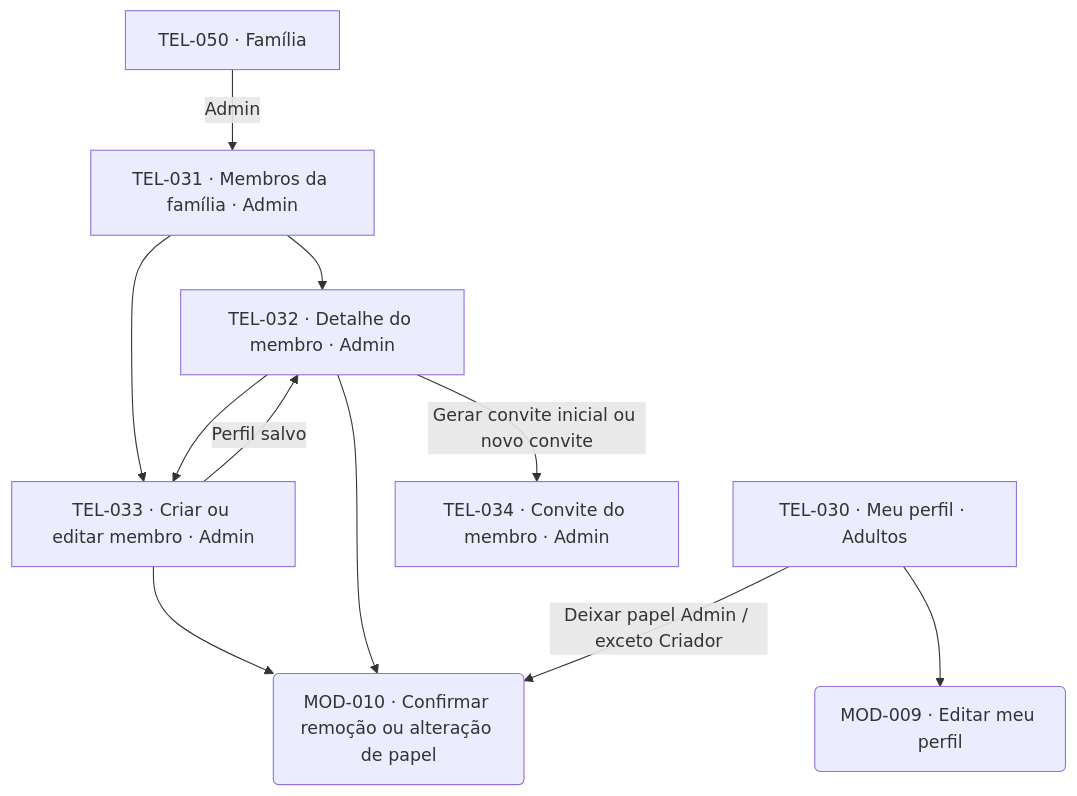
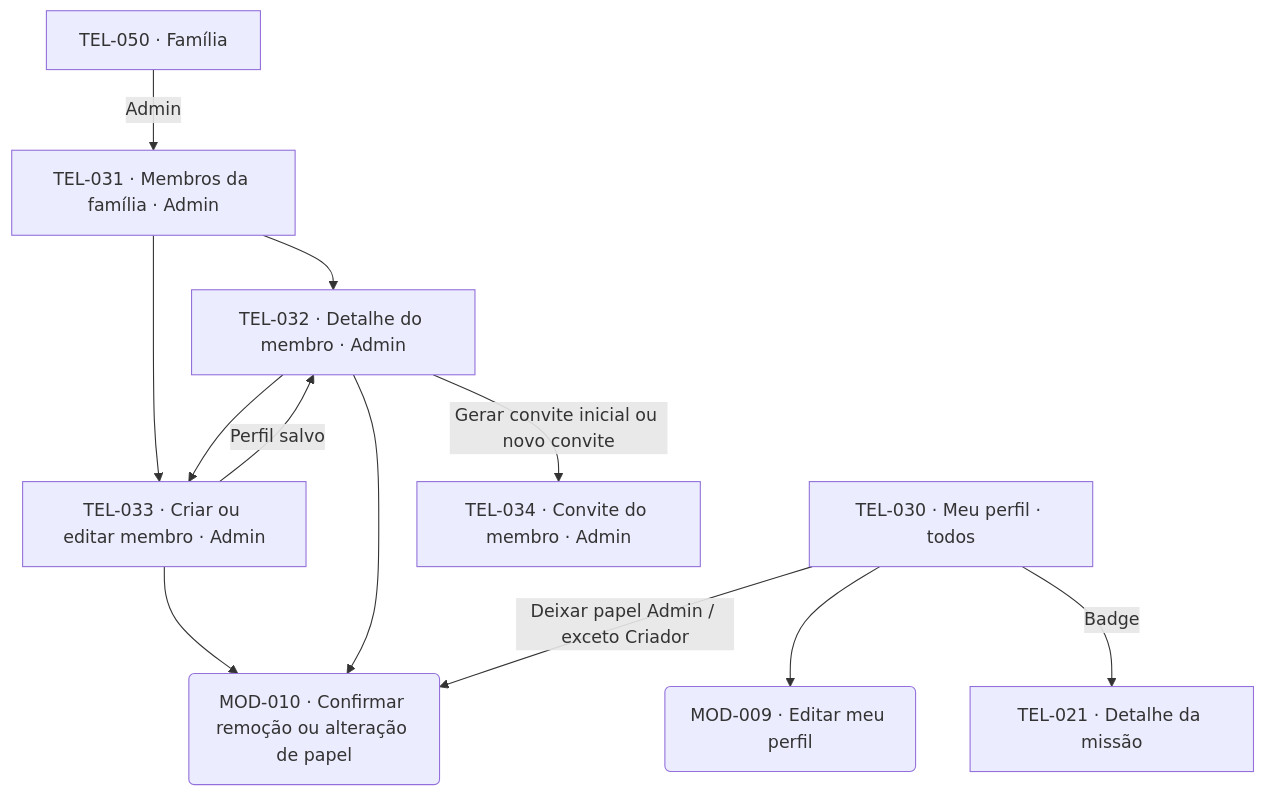
One commit to lizandramalta/App-Rotina-Familiar changed the fourth of 6 diagrams in docs/design/screen-map.md. Above: the diagram before and after it, drawn with Mermaid. The commit also changed other lines of this file and 21 other files, not shown here.

````diff
--- a/docs/design/screen-map.md
+++ b/docs/design/screen-map.md
@@ -134,21 +135,22 @@
 ```mermaid
 flowchart TD
     T050["TEL-050 · Família"]
-    T030["TEL-030 · Meu perfil · Adultos"]
+    T030["TEL-030 · Meu perfil · todos"]
     T031["TEL-031 · Membros da família · Admin"]
     T032["TEL-032 · Detalhe do membro · Admin"]
     T033["TEL-033 · Criar ou editar membro · Admin"]
     T034["TEL-034 · Convite do membro · Admin"]
     M009("MOD-009 · Editar meu perfil")
     M010("MOD-010 · Confirmar remoção ou alteração de papel")
     T030 --> M009
+    T030 -->|Badge| T021["TEL-021 · Detalhe da missão"]
     T050 -->|Admin| T031
     T031 --> T032
     T031 --> T033
     T033 -->|Perfil salvo| T032
     T032 --> T033
     T033 --> M010
     T032 -->|Gerar convite inicial ou novo convite| T034
     T032 --> M010
     T030 -->|Deixar papel Admin / exceto Criador| M010
 ```
````
